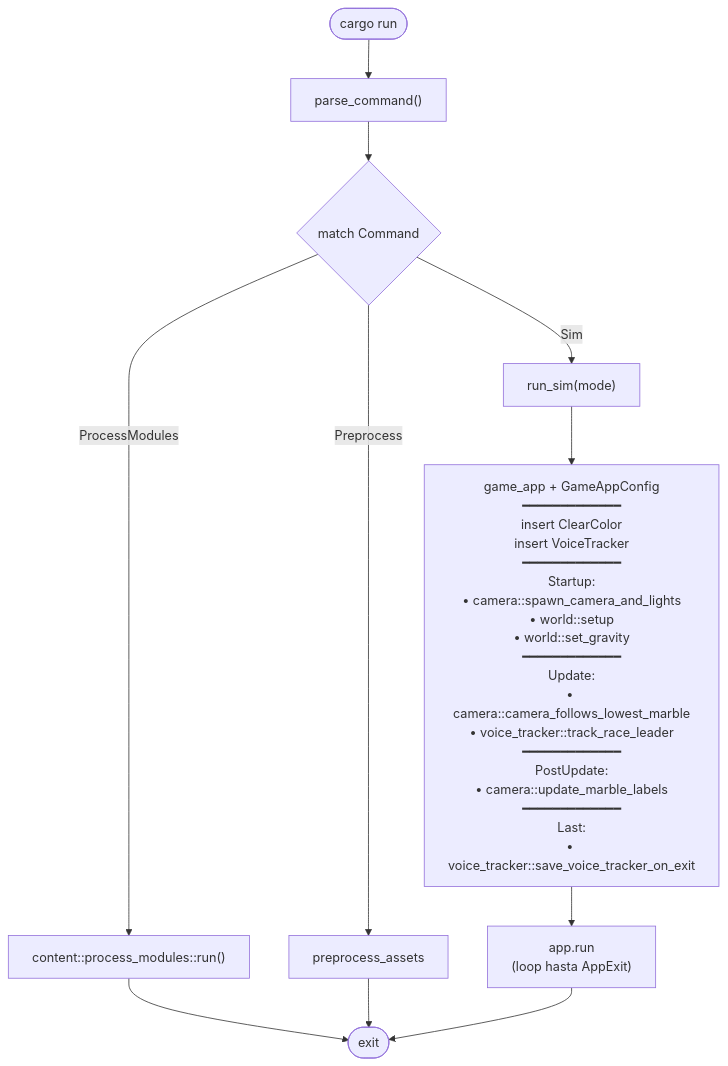
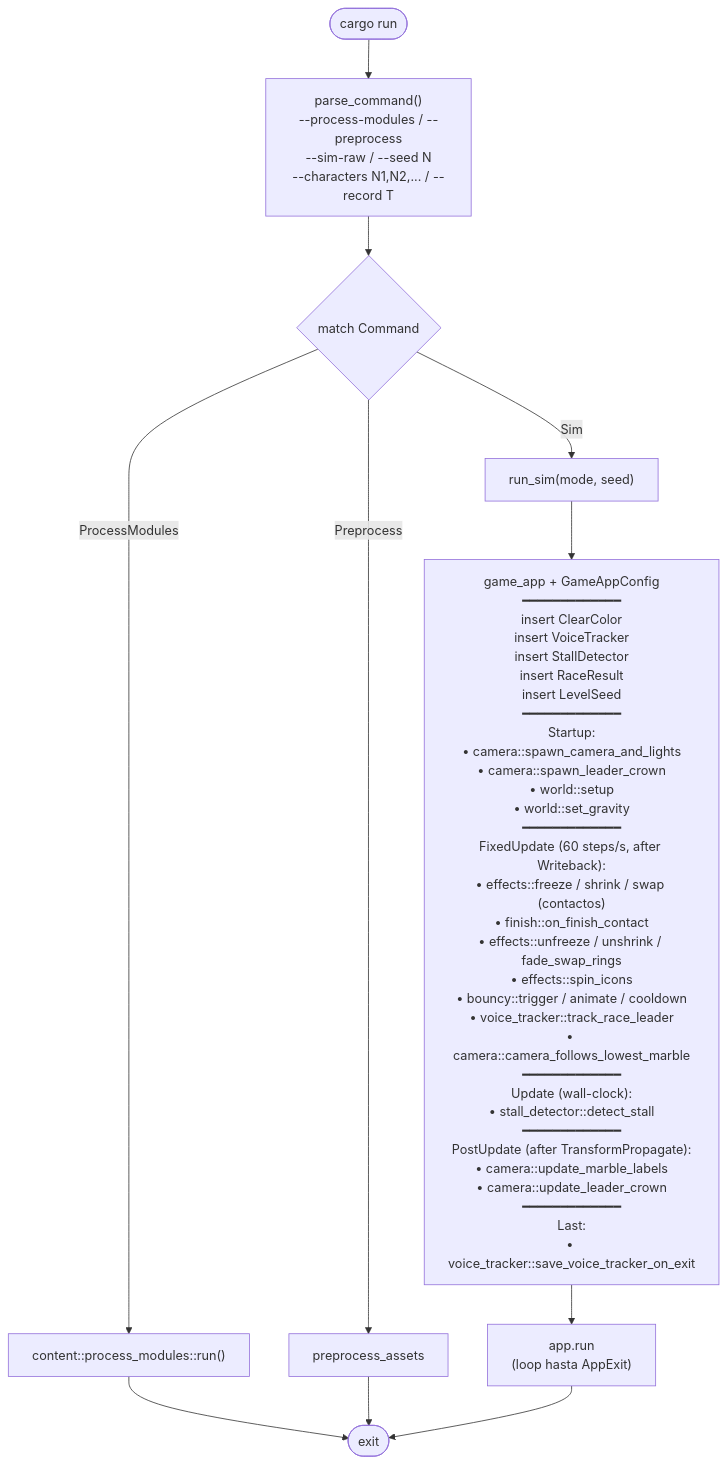
The first of 6 diagrams in docs/flow.md (jesusgomeznuz/canicasbrawl-rapier), drawn with Mermaid before and after one commit. The commit also changed other lines of this file and 37 other files, not shown here.

````diff
--- a/docs/flow.md
+++ b/docs/flow.md
@@ -7,15 +7,15 @@
 ```mermaid
 flowchart TD
-    Start([cargo run]) --> Parse["parse_command()"]
+    Start([cargo run]) --> Parse["parse_command()<br/>--process-modules / --preprocess<br/>--sim-raw / --seed N<br/>--characters N1,N2,... / --record T"]
     Parse --> Match{match Command}
     Match -- ProcessModules --> Content["content::process_modules::run()"]
     Match -- Preprocess --> Pre["preprocess_assets"]
-    Match -- Sim --> Sim["run_sim(mode)"]
+    Match -- Sim --> Sim["run_sim(mode, seed)"]
 
-    Sim --> SimDetail["game_app + GameAppConfig<br/>━━━━━━━━━━━━━<br/>insert ClearColor<br/>insert VoiceTracker<br/>━━━━━━━━━━━━━<br/>Startup:<br/>• camera::spawn_camera_and_lights<br/>• world::setup<br/>• world::set_gravity<br/>━━━━━━━━━━━━━<br/>Update:<br/>• camera::camera_follows_lowest_marble<br/>• voice_tracker::track_race_leader<br/>━━━━━━━━━━━━━<br/>PostUpdate:<br/>• camera::update_marble_labels<br/>━━━━━━━━━━━━━<br/>Last:<br/>• voice_tracker::save_voice_tracker_on_exit"]
+    Sim --> SimDetail["game_app + GameAppConfig<br/>━━━━━━━━━━━━━<br/>insert ClearColor<br/>insert VoiceTracker<br/>insert StallDetector<br/>insert RaceResult<br/>insert LevelSeed<br/>━━━━━━━━━━━━━<br/>Startup:<br/>• camera::spawn_camera_and_lights<br/>• camera::spawn_leader_crown<br/>• world::setup<br/>• world::set_gravity<br/>━━━━━━━━━━━━━<br/>FixedUpdate (60 steps/s, after Writeback):<br/>• effects::freeze / shrink / swap (contactos)<br/>• finish::on_finish_contact<br/>• effects::unfreeze / unshrink / fade_swap_rings<br/>• effects::spin_icons<br/>• bouncy::trigger / animate / cooldown<br/>• voice_tracker::track_race_leader<br/>• camera::camera_follows_lowest_marble<br/>━━━━━━━━━━━━━<br/>Update (wall-clock):<br/>• stall_detector::detect_stall<br/>━━━━━━━━━━━━━<br/>PostUpdate (after TransformPropagate):<br/>• camera::update_marble_labels<br/>• camera::update_leader_crown<br/>━━━━━━━━━━━━━<br/>Last:<br/>• voice_tracker::save_voice_tracker_on_exit"]
 
     Content --> End([exit])
     Pre --> End
     SimDetail --> Loop["app.run<br/>(loop hasta AppExit)"]
     Loop --> End
 ```
````
